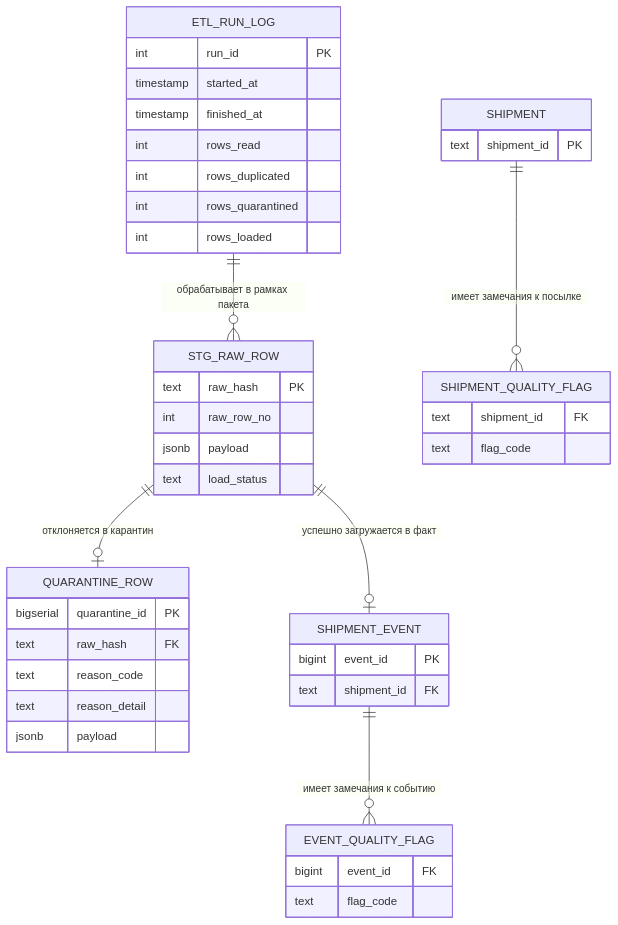
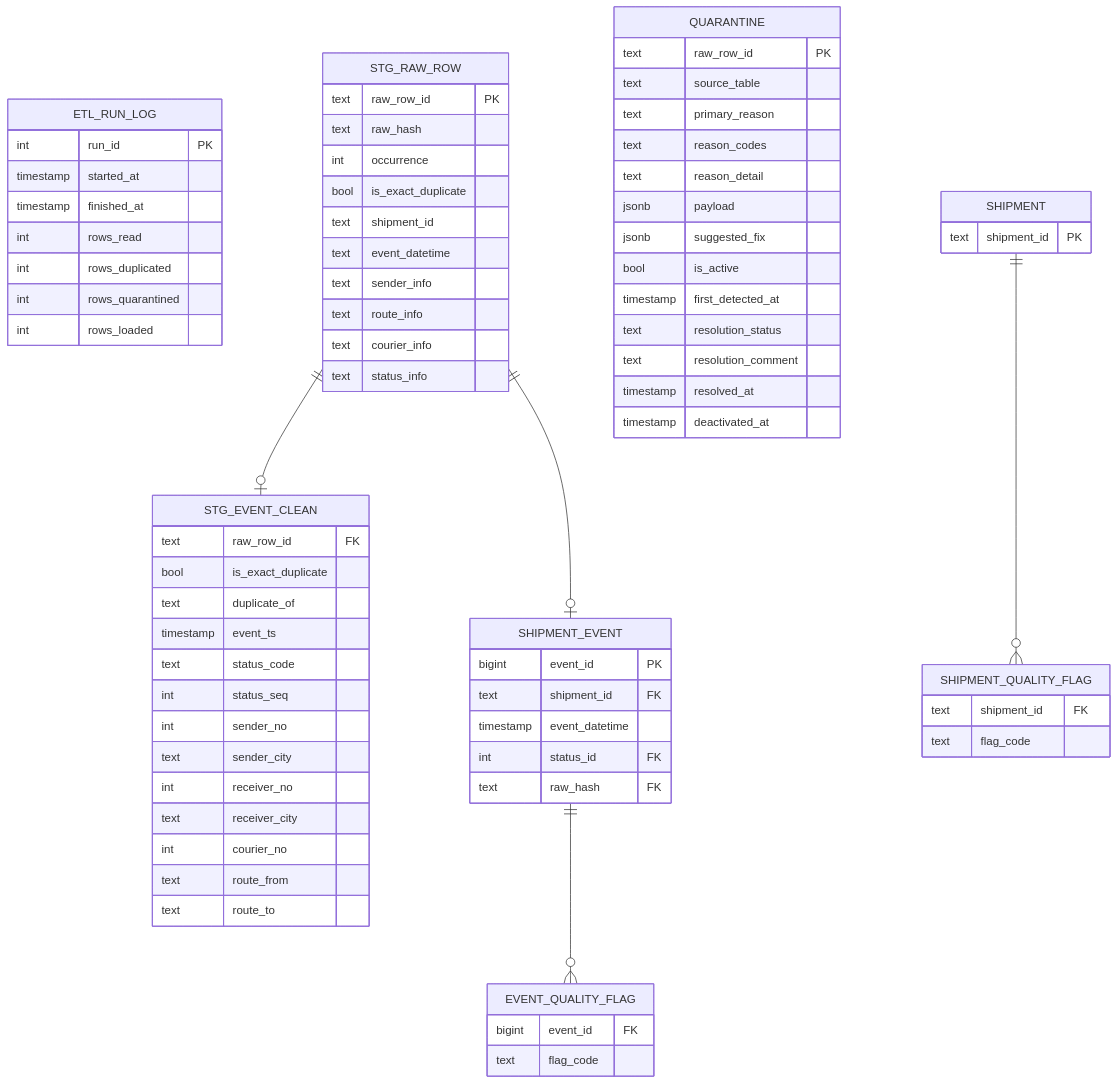
The second of 3 diagrams in 03_04_PhysDataDDL.md (MikhailNv/pkad), drawn with Mermaid before and after one commit. The commit also changed other lines of this file and 3 other files, not shown here.

````diff
--- a/03_04_PhysDataDDL.md
+++ b/03_04_PhysDataDDL.md
@@ -78,7 +79,7 @@
 ```mermaid
 erDiagram
     ETL_RUN_LOG {
-        int       run_id           PK
+        int       run_id             PK
         timestamp started_at
         timestamp finished_at
         int       rows_read
@@ -87,43 +88,75 @@
         int       rows_loaded
     }
 
-    STG_RAW_ROW {
-        text      raw_hash         PK
-        int       raw_row_no
-        jsonb     payload
-        text      load_status
+    STG_EVENT_CLEAN {
+        text      raw_row_id         FK
+        bool      is_exact_duplicate
+        text      duplicate_of
+        timestamp event_ts
+        text      status_code
+        int       status_seq
+        int       sender_no
+        text      sender_city
+        int       receiver_no
+        text      receiver_city
+        int       courier_no
+        text      route_from
+        text      route_to
     }
 
-    QUARANTINE_ROW {
-        bigserial quarantine_id    PK
-        text      raw_hash FK
-        text      reason_code
+    STG_RAW_ROW {
+        text      raw_row_id         PK
+        text      raw_hash
+        int       occurrence
+        bool      is_exact_duplicate
+        text      shipment_id
+        text      event_datetime
+        text      sender_info
+        text      route_info
+        text      courier_info
+        text      status_info
+    }
+
+    QUARANTINE {
+        text      raw_row_id         PK
+        text      source_table
+        text      primary_reason
+        text      reason_codes
         text      reason_detail
         jsonb     payload
+        jsonb     suggested_fix
+        bool      is_active
+        timestamp first_detected_at
+        text      resolution_status
+        text      resolution_comment
+        timestamp resolved_at
+        timestamp deactivated_at
     }
 
     SHIPMENT_EVENT {
-        bigint    event_id PK
-        text      shipment_id      FK
+        bigint    event_id           PK
+        text      shipment_id        FK
+        timestamp event_datetime
+        int       status_id          FK
+        text      raw_hash           FK
     }
 
     SHIPMENT {
-        text      shipment_id      PK
+        text      shipment_id        PK
     }
 
     EVENT_QUALITY_FLAG {
-        bigint    event_id         FK
+        bigint    event_id           FK
         text      flag_code
     }
 
     SHIPMENT_QUALITY_FLAG {
-        text      shipment_id      FK
+        text      shipment_id        FK
         text      flag_code
     }
 
-    ETL_RUN_LOG    ||--o{ STG_RAW_ROW           : "обрабатывает в рамках пакета"
-    STG_RAW_ROW    ||--o| QUARANTINE_ROW        : "отклоняется в карантин"
-    STG_RAW_ROW    ||--o| SHIPMENT_EVENT        : "успешно загружается в факт"
-    SHIPMENT_EVENT ||--o{ EVENT_QUALITY_FLAG    : "имеет замечания к событию"
-    SHIPMENT       ||--o{ SHIPMENT_QUALITY_FLAG : "имеет замечания к посылке"
+    STG_RAW_ROW    ||--o| STG_EVENT_CLEAN       : ""
+    STG_RAW_ROW    ||--o| SHIPMENT_EVENT        : ""
+    SHIPMENT_EVENT ||--o{ EVENT_QUALITY_FLAG    : ""
+    SHIPMENT       ||--o{ SHIPMENT_QUALITY_FLAG : ""
 ```
````
